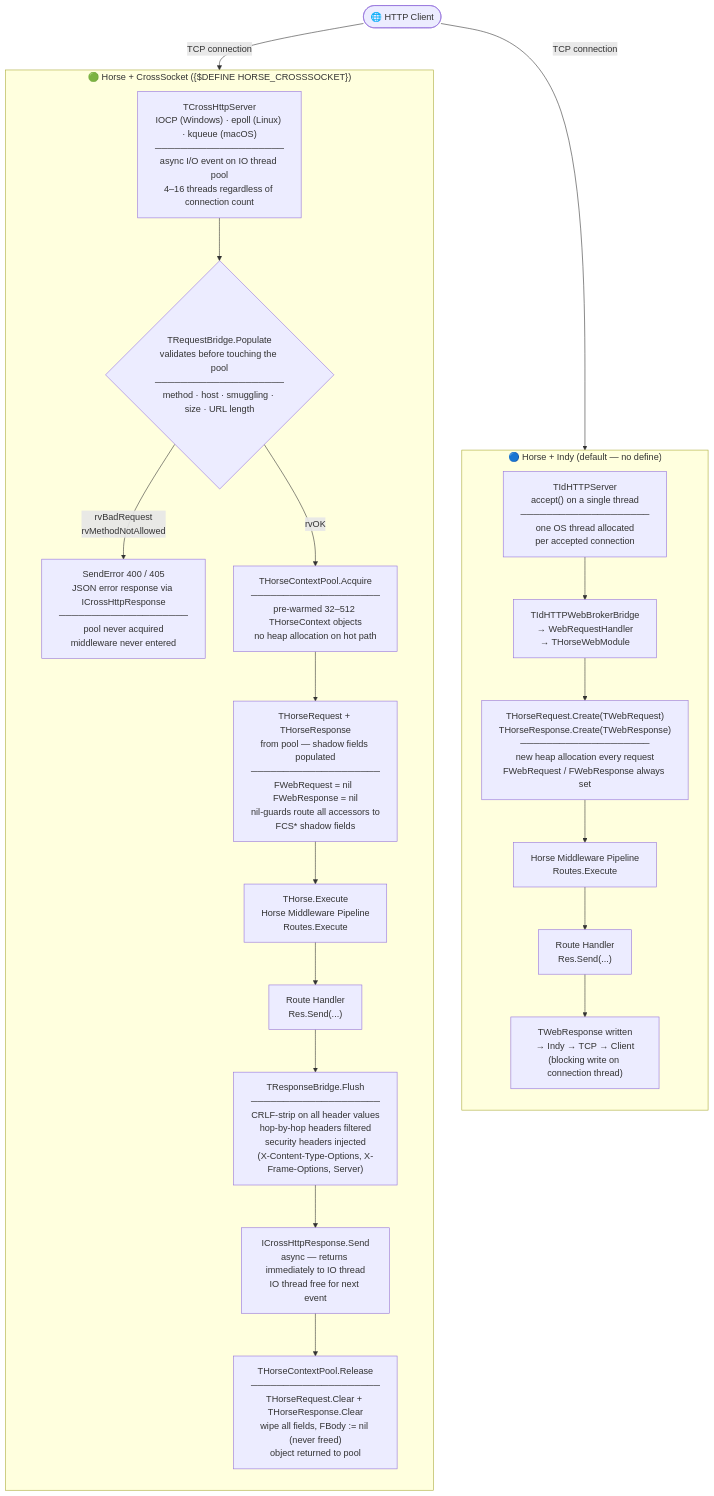
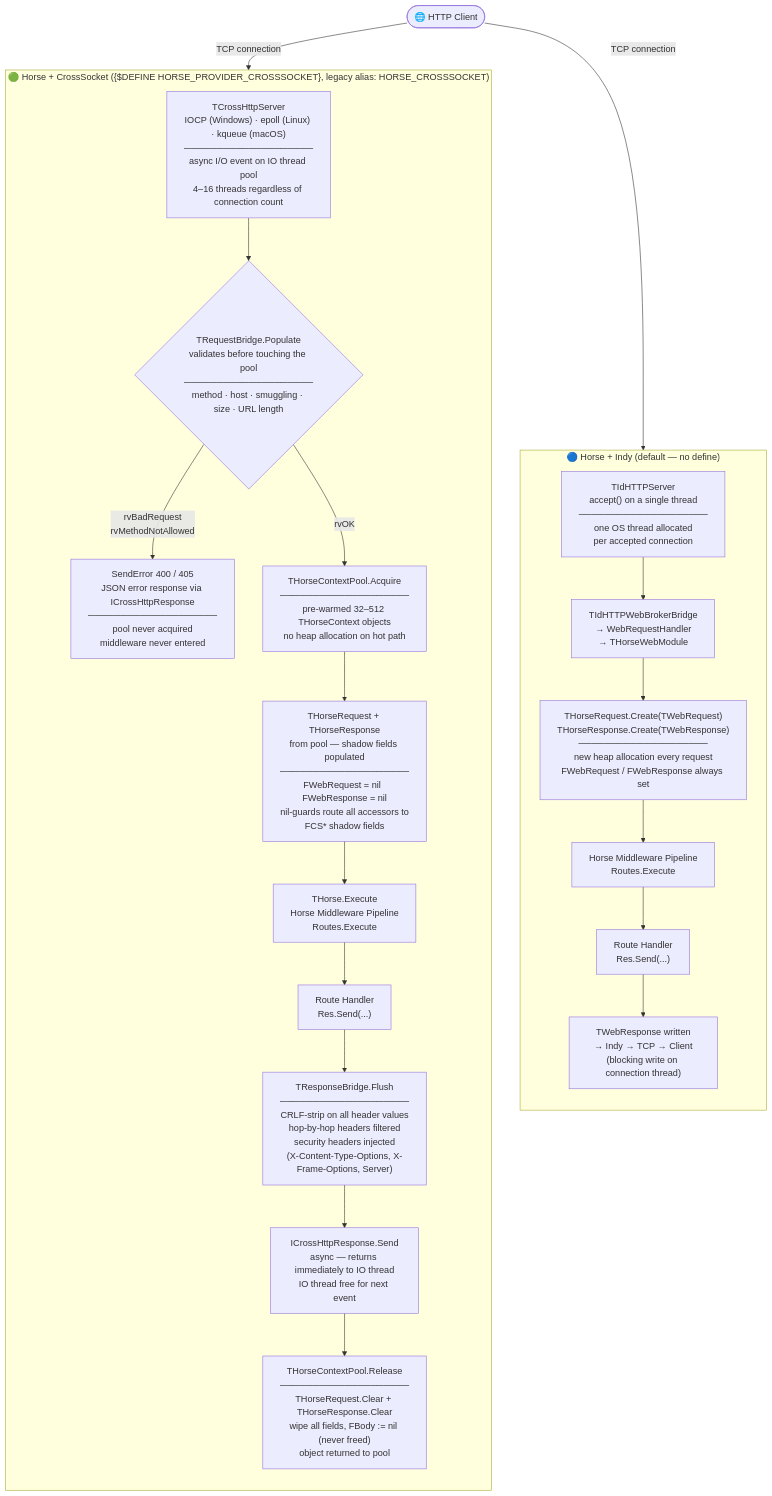
Before and after one commit to freitasjca/horse-provider-crosssocket: the first of 6 diagrams in doc/architecture-diagrams.md, drawn with Mermaid. The commit also changed other lines of this file and 30 other files, not shown here.

Commit message:
feat: PATCH-HORSE-2 cross-product Provider units + 8-shape test matrix (v1.0.6)

````diff
--- a/doc/architecture-diagrams.md
+++ b/doc/architecture-diagrams.md
@@ -16,40 +16,40 @@
 ```mermaid
 flowchart TD
     Client(["🌐 HTTP Client"])
 
     %% ── Indy path ──────────────────────────────────────────────────────────
     subgraph INDY["🔵  Horse + Indy  (default — no define)"]
         direction TB
         I_ACCEPT["TIdHTTPServer\naccept() on a single thread\n────────────────────\none OS thread allocated\nper accepted connection"]
         I_BROKER["TIdHTTPWebBrokerBridge\n→ WebRequestHandler\n→ THorseWebModule"]
         I_OBJ["THorseRequest.Create(TWebRequest)\nTHorseResponse.Create(TWebResponse)\n────────────────────\nnew heap allocation every request\nFWebRequest / FWebResponse always set"]
         I_PIPE["Horse Middleware Pipeline\nRoutes.Execute"]
         I_HANDLER["Route Handler\nRes.Send(...)"]
         I_RESP["TWebResponse written\n→ Indy → TCP → Client\n(blocking write on connection thread)"]
 
         I_ACCEPT --> I_BROKER --> I_OBJ --> I_PIPE --> I_HANDLER --> I_RESP
     end
 
     %% ── CrossSocket path ───────────────────────────────────────────────────
-    subgraph CS["🟢  Horse + CrossSocket  ({$DEFINE HORSE_CROSSSOCKET})"]
+    subgraph CS["🟢  Horse + CrossSocket  ({$DEFINE HORSE_PROVIDER_CROSSSOCKET}, legacy alias: HORSE_CROSSSOCKET)"]
         direction TB
         CS_ACCEPT["TCrossHttpServer\nIOCP (Windows) · epoll (Linux) · kqueue (macOS)\n────────────────────\nasync I/O event on IO thread pool\n4–16 threads regardless of connection count"]
         CS_VALIDATE{"TRequestBridge.Populate\nvalidates before touching the pool\n────────────────────\nmethod · host · smuggling · size · URL length"}
         CS_ERROR["SendError 400 / 405\nJSON error response via ICrossHttpResponse\n────────────────────\npool never acquired\nmiddleware never entered"]
         CS_POOL["THorseContextPool.Acquire\n────────────────────\npre-warmed 32–512 THorseContext objects\nno heap allocation on hot path"]
         CS_OBJ["THorseRequest + THorseResponse\nfrom pool — shadow fields populated\n────────────────────\nFWebRequest = nil  FWebResponse = nil\nnil-guards route all accessors to\nFCS* shadow fields"]
         CS_PIPE["THorse.Execute\nHorse Middleware Pipeline\nRoutes.Execute"]
         CS_HANDLER["Route Handler\nRes.Send(...)"]
         CS_FLUSH["TResponseBridge.Flush\n────────────────────\nCRLF-strip on all header values\nhop-by-hop headers filtered\nsecurity headers injected\n(X-Content-Type-Options, X-Frame-Options, Server)"]
         CS_SEND["ICrossHttpResponse.Send\nasync — returns immediately to IO thread\nIO thread free for next event"]
         CS_RELEASE["THorseContextPool.Release\n────────────────────\nTHorseRequest.Clear + THorseResponse.Clear\nwipe all fields, FBody := nil (never freed)\nobject returned to pool"]
 
         CS_ACCEPT --> CS_VALIDATE
         CS_VALIDATE -->|"rvBadRequest\nrvMethodNotAllowed"| CS_ERROR
         CS_VALIDATE -->|rvOK| CS_POOL
         CS_POOL --> CS_OBJ --> CS_PIPE --> CS_HANDLER --> CS_FLUSH --> CS_SEND --> CS_RELEASE
     end
 
     Client -->|TCP connection| I_ACCEPT
     Client -->|TCP connection| CS_ACCEPT
 ```
````
